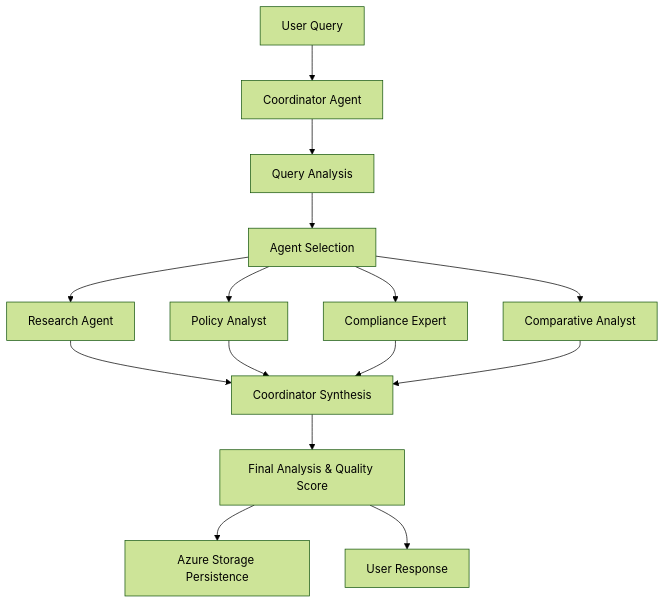
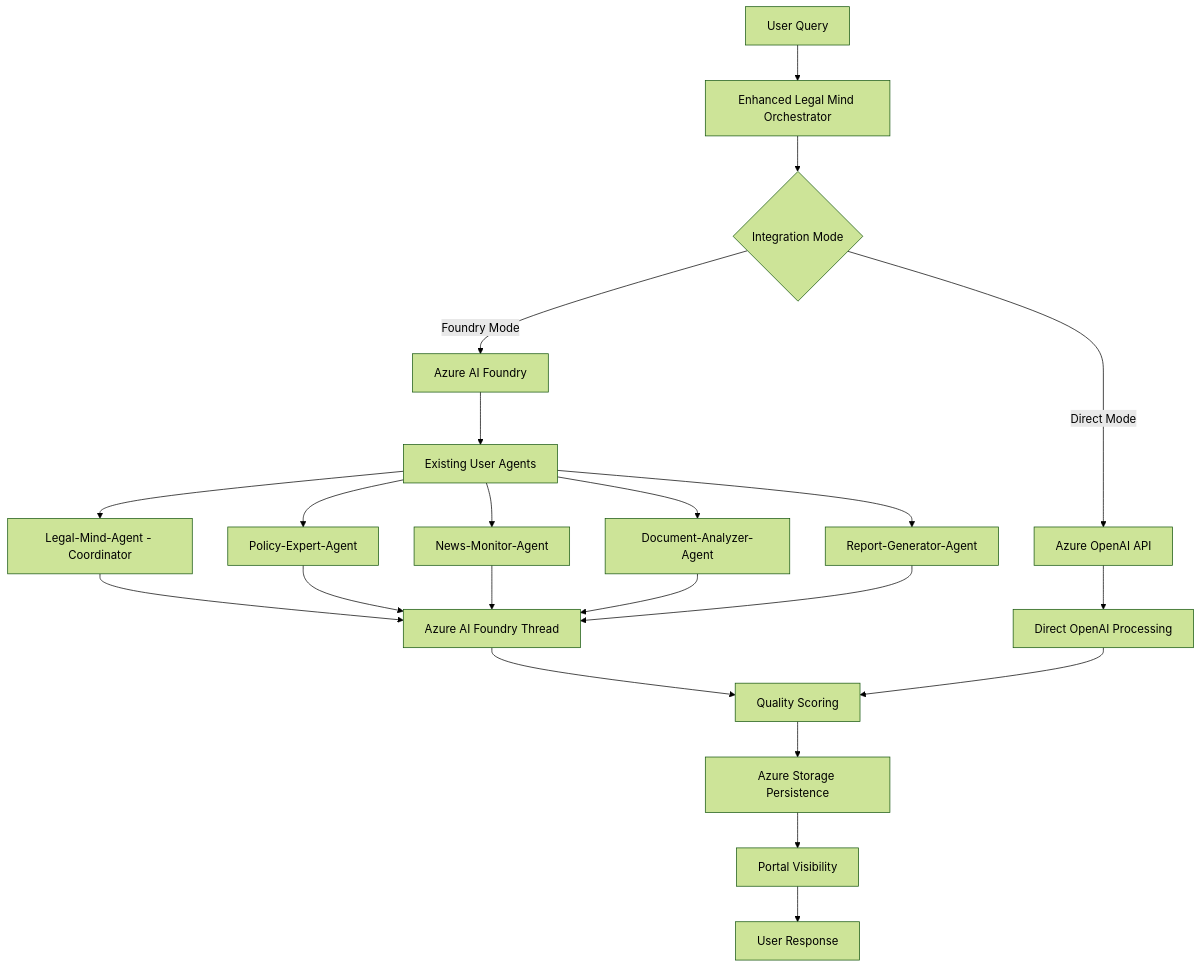
Before and after one commit to cyber-gray/Legal-Mind-AI: the diagram in README.md, drawn with Mermaid (forest theme). The commit also changed other lines of this file and 5 other files, not shown here.

````diff
--- a/README.md
+++ b/README.md
@@ -43,17 +55,28 @@
 ```mermaid
 graph TD
-    A[User Query] --> B[Coordinator Agent]
-    B --> C[Query Analysis]
-    C --> D[Agent Selection]
-    D --> E[Research Agent]
-    D --> F[Policy Analyst]
-    D --> G[Compliance Expert]
-    D --> H[Comparative Analyst]
-    E --> I[Coordinator Synthesis]
-    F --> I
-    G --> I
-    H --> I
-    I --> J[Final Analysis & Quality Score]
-    J --> K[Azure Storage Persistence]
-    J --> L[User Response]
+    A[User Query] --> B[Enhanced Legal Mind Orchestrator]
+    B --> C{Integration Mode}
+    C -->|Foundry Mode| D[Azure AI Foundry]
+    C -->|Direct Mode| E[Azure OpenAI API]
+    
+    D --> F[Existing User Agents]
+    F --> G[Legal-Mind-Agent - Coordinator]
+    F --> H[Policy-Expert-Agent]
+    F --> I[News-Monitor-Agent]
+    F --> J[Document-Analyzer-Agent] 
+    F --> K[Report-Generator-Agent]
+    
+    G --> L[Azure AI Foundry Thread]
+    H --> L
+    I --> L
+    J --> L
+    K --> L
+    
+    L --> M[Quality Scoring]
+    M --> N[Azure Storage Persistence]
+    N --> O[Portal Visibility]
+    O --> P[User Response]
+    
+    E --> Q[Direct OpenAI Processing]
+    Q --> M
 ```
````
